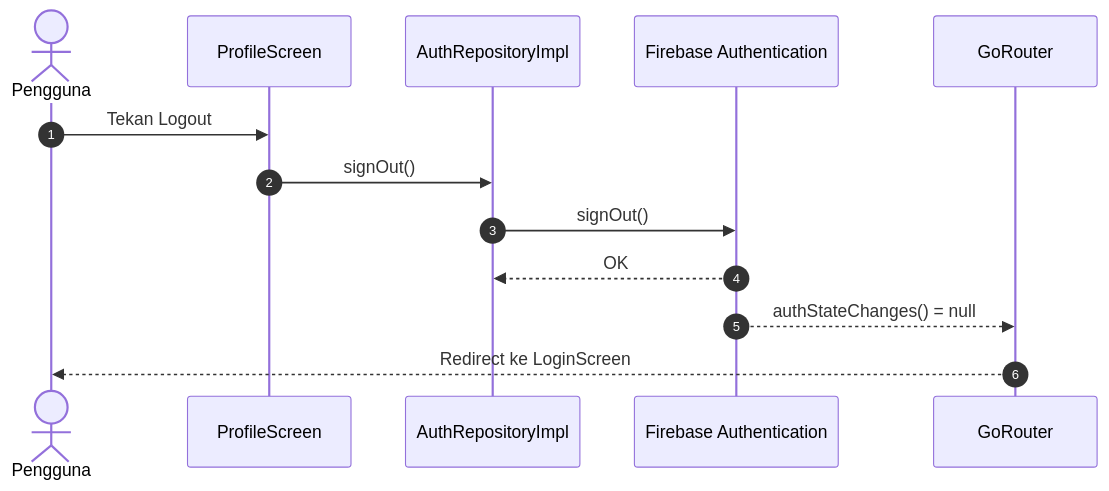
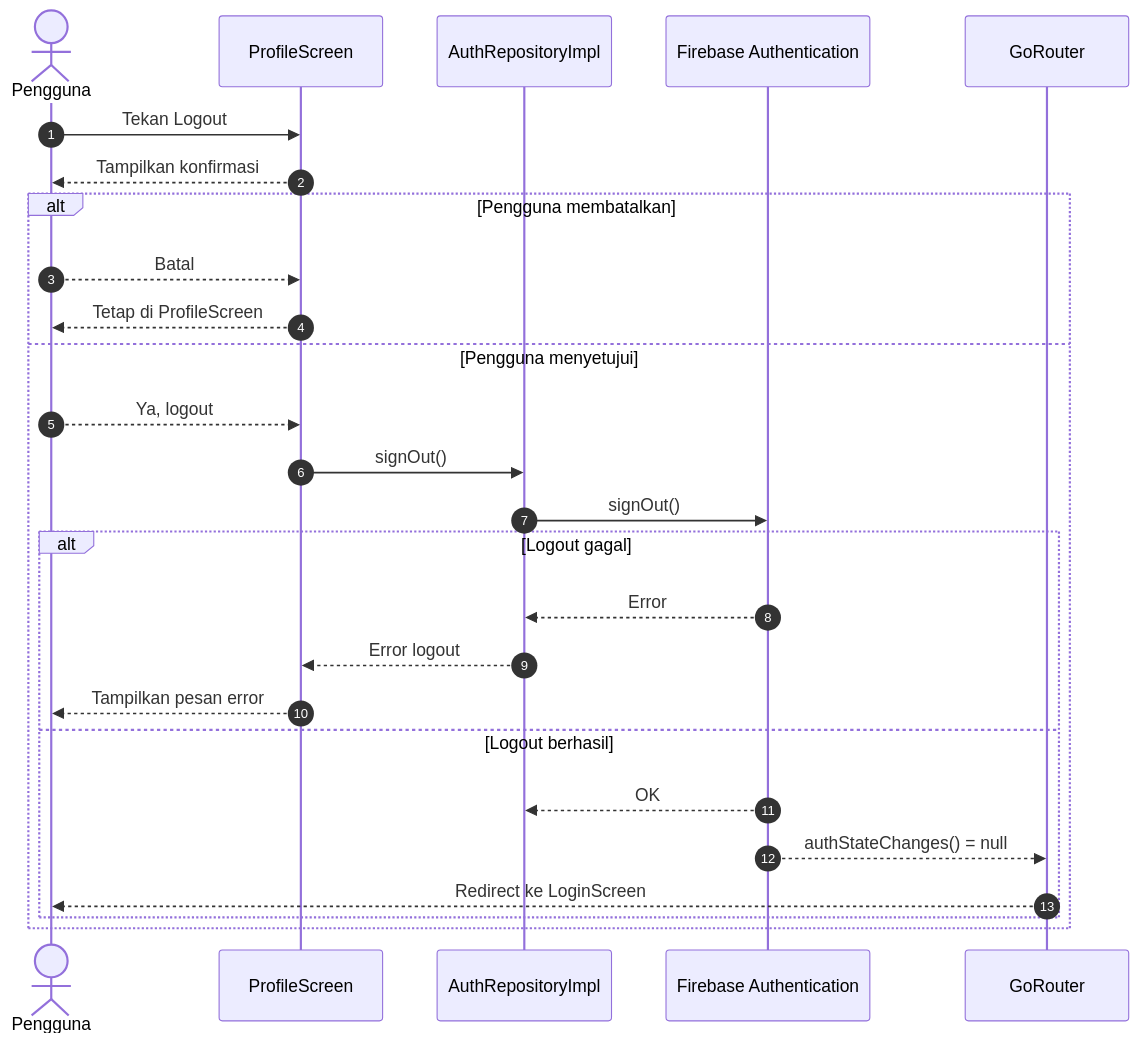
Before and after one commit to arifrachmatdx/Kinetra: diagram 17 of 26 in docs/uml.md, drawn with Mermaid. The commit also changed other lines of this file and 1 other file, not shown here.

Commit message:
docs: add detailed UML decisions and alternatives

````diff
--- a/docs/uml.md
+++ b/docs/uml.md
@@ -742,16 +945,29 @@
 ```mermaid
 sequenceDiagram
     autonumber
     actor User as Pengguna
     participant Profile as ProfileScreen
     participant AuthRepo as AuthRepositoryImpl
     participant FirebaseAuth as Firebase Authentication
     participant Router as GoRouter
 
     User->>Profile: Tekan Logout
-    Profile->>AuthRepo: signOut()
-    AuthRepo->>FirebaseAuth: signOut()
-    FirebaseAuth-->>AuthRepo: OK
-    FirebaseAuth-->>Router: authStateChanges() = null
-    Router-->>User: Redirect ke LoginScreen
+    Profile-->>User: Tampilkan konfirmasi
+    alt Pengguna membatalkan
+        User-->>Profile: Batal
+        Profile-->>User: Tetap di ProfileScreen
+    else Pengguna menyetujui
+        User-->>Profile: Ya, logout
+        Profile->>AuthRepo: signOut()
+        AuthRepo->>FirebaseAuth: signOut()
+        alt Logout gagal
+            FirebaseAuth-->>AuthRepo: Error
+            AuthRepo-->>Profile: Error logout
+            Profile-->>User: Tampilkan pesan error
+        else Logout berhasil
+            FirebaseAuth-->>AuthRepo: OK
+            FirebaseAuth-->>Router: authStateChanges() = null
+            Router-->>User: Redirect ke LoginScreen
+        end
+    end
 ```
````
